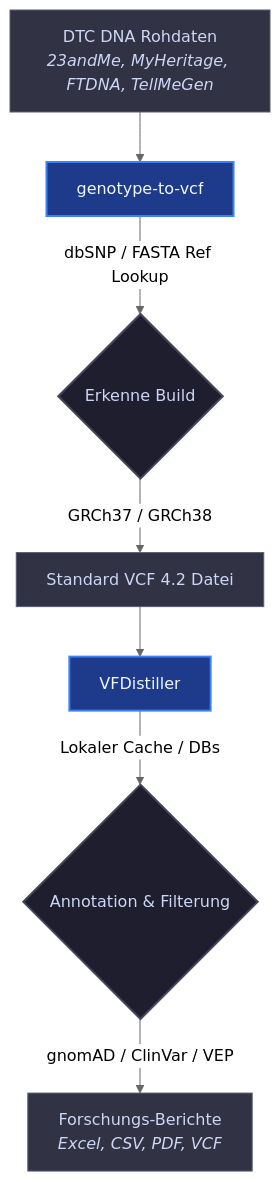
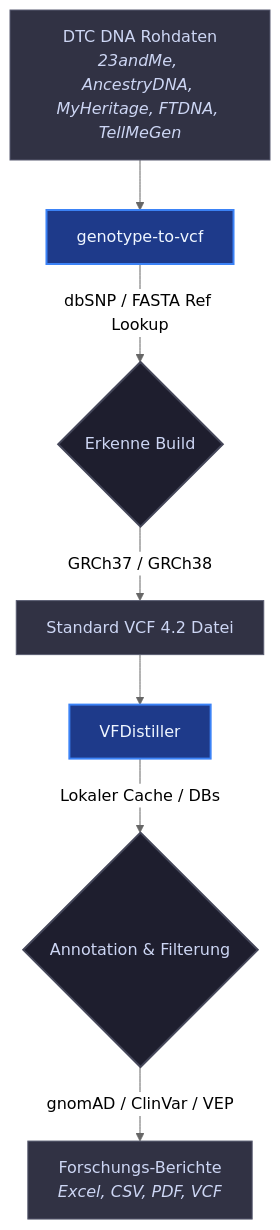
The diagram in profile/README_de.md (biotec-line/.github), drawn with Mermaid (neutral theme) before and after one commit. The commit also changed other lines of this file and 4 other files, not shown here.

````diff
--- a/profile/README_de.md
+++ b/profile/README_de.md
@@ -47,17 +47,17 @@
 ```mermaid
 graph TD
-    Input["DTC DNA Rohdaten<br/><i>23andMe, MyHeritage, FTDNA, TellMeGen</i>"] --> G2V["genotype-to-vcf"]
+    Input["DTC DNA Rohdaten<br/><i>23andMe, AncestryDNA, MyHeritage, FTDNA, TellMeGen</i>"] --> G2V["genotype-to-vcf"]
     
     G2V -->|"dbSNP / FASTA Ref Lookup"| BuildDetect{"Erkenne Build"}
     BuildDetect -->|"GRCh37 / GRCh38"| OutVCF["Standard VCF 4.2 Datei"]
     
     OutVCF --> VFD["VFDistiller"]
     VFD -->|"Lokaler Cache / DBs"| Annotate{"Annotation & Filterung"}
     Annotate -->|"gnomAD / ClinVar / VEP"| Reports["Forschungs-Berichte<br/><i>Excel, CSV, PDF, VCF</i>"]
     
     classDef default fill:#1e1e2e,stroke:#45475a,stroke-width:2px,color:#cdd6f4;
     classDef tool fill:#1e3a8a,stroke:#3b82f6,stroke-width:2px,color:#eff6ff;
     classDef data fill:#313244,stroke:#585b70,stroke-width:1px,color:#cdd6f4;
     class G2V,VFD tool;
     class Input,OutVCF,Reports data;
 ```
````
